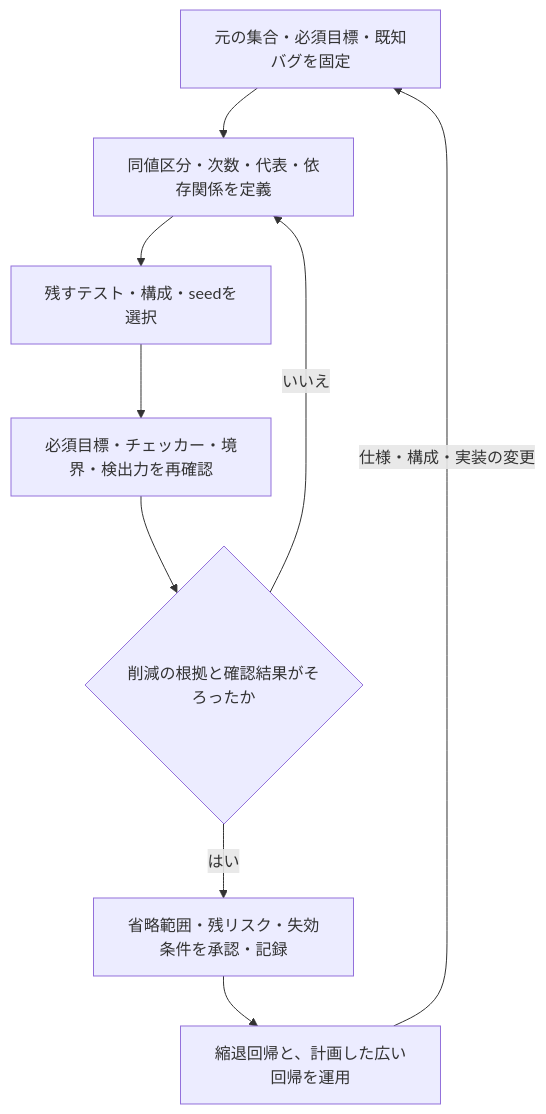
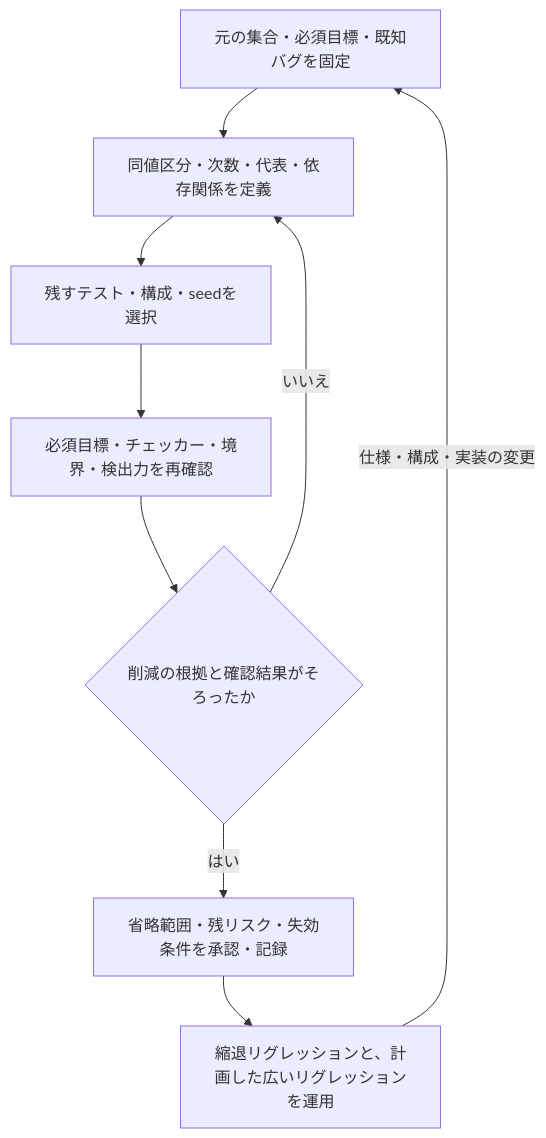
Before and after one commit to kurochan001/lsi-verification-method: the second of 2 diagrams in docs/method/verification-reduction.md, drawn with Mermaid. The commit also changed other lines of this file and 91 other files, not shown here.

````diff
--- a/docs/method/verification-reduction.md
+++ b/docs/method/verification-reduction.md
@@ -142,13 +142,13 @@
 ```mermaid
 flowchart TD
   accTitle: 必須目標を維持しながら検証規模を縮退する
   accDescr: 元の対象と必須目標を固定し、代表化の根拠と残す検査を決める。削減後の網羅と検出力を確認し、不足があれば選択を見直す。
   F["元の集合・必須目標・既知バグを固定"] --> R["同値区分・次数・代表・依存関係を定義"]
   R --> S["残すテスト・構成・seedを選択"]
   S --> V["必須目標・チェッカー・境界・検出力を再確認"]
   V --> J{"削減の根拠と確認結果がそろったか"}
   J -- "いいえ" --> R
   J -- "はい" --> P["省略範囲・残リスク・失効条件を承認・記録"]
-  P --> E["縮退回帰と、計画した広い回帰を運用"]
+  P --> E["縮退リグレッションと、計画した広いリグレッションを運用"]
   E -- "仕様・構成・実装の変更" --> F
 ```
````
